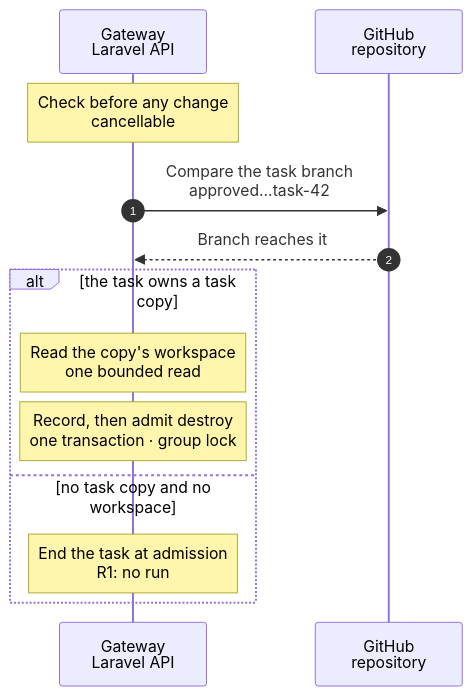
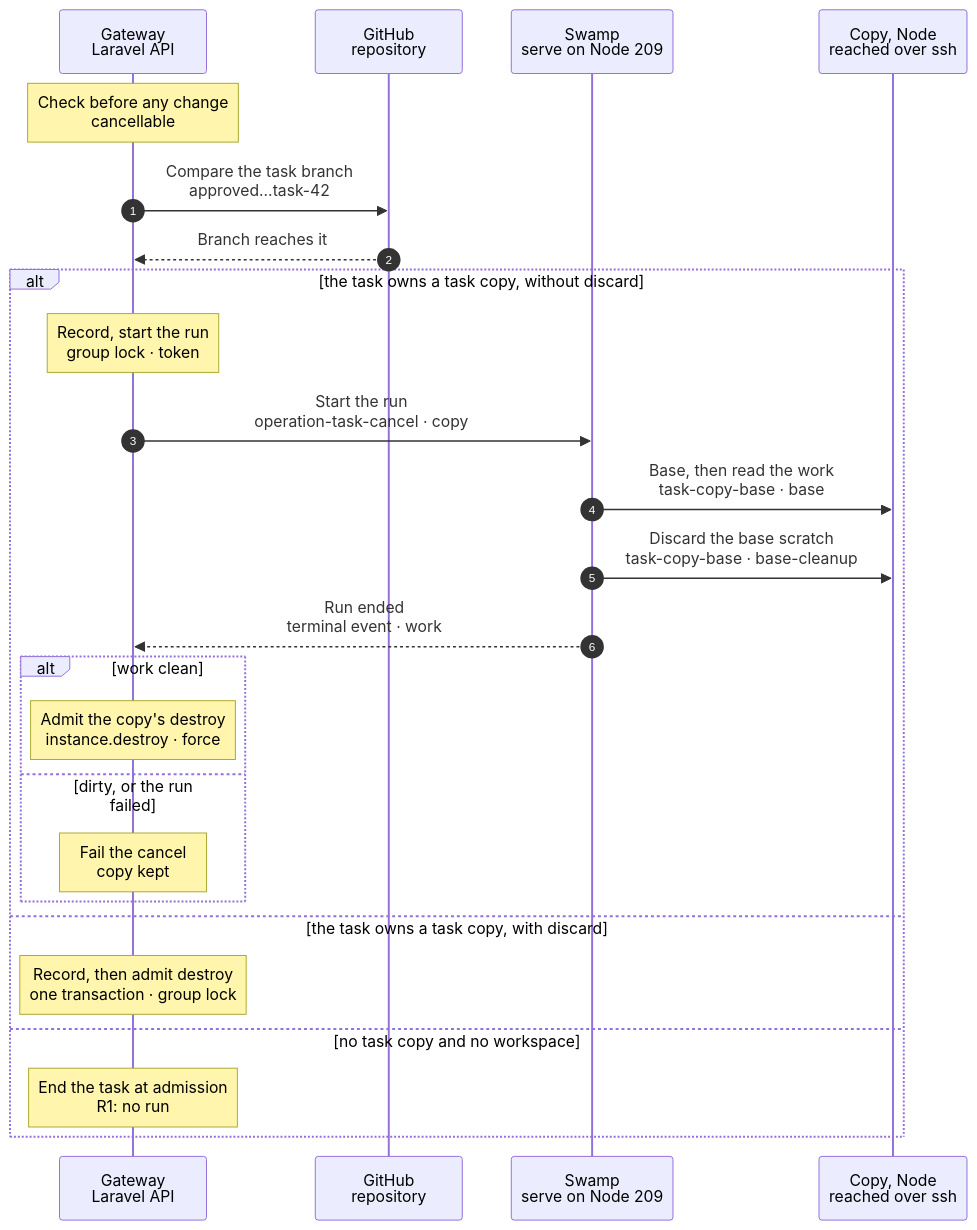
The diagram in docs/cli/task/cancel.mmd (hardimpactdev/orbit), drawn with Mermaid before and after one commit. The commit also changed 5 other files, not shown here.

First line of the commit message:
docs(tasks): published means content on the default branch for cancel and complete

```diff
--- a/docs/cli/task/cancel.mmd
+++ b/docs/cli/task/cancel.mmd
@@ -1,56 +1,87 @@
 sequenceDiagram
   %% Target design: orchestrator 2026-11-08: keeping approved work is a precondition of the cancel, not a step of it. 2026-11-15: the task VMs and their release are removed (docs/reference/old-paths.md); a cancel starts no run. 2026-11-16: the place release workflows are deleted; `operation-task-cancel` keeps its inputs and its end check, and calls no release.
-  %% Orchestrator 2026-11-13: a task copy ends through its Instance destroy. Orchestrator 2026-11-14: work that only the copy holds, or a copy that cannot be read, refuses the cancel unless the caller discards it; the cancel is recorded under the group lock, in one transaction with the destroy's admission, after the destroy's reads. A commit a publish pushed counts as on origin.
+  %% Orchestrator 2026-11-13: a task copy ends through its Instance destroy. Orchestrator 2026-11-14: work that only the copy holds, or a copy that cannot be read, refuses the cancel unless the caller discards it; the cancel is recorded under the group lock, in one transaction with the destroy's admission, after the destroy's reads. A commit a publish pushed counts as on origin. 2026-11-16 (group 5615): published means content on the default branch, not commit SHAs: without discard the cancel of a copy runs the copy's `base` phase, the one task:sync runs, and its content read decides; a squash-merged or hand-carried copy cancels without discard.
   %% status: draft
   %% command: task:cancel
   %% kind: tasks.cancel
   autonumber
   %% lane GW icon=gateway pill=intent tone=blue
   %% lane GH icon=server pill=target tone=purple
+  %% lane SW icon=workflow pill=executes tone=green
+  %% lane N icon=server pill=target tone=amber
   participant GW as Gateway<br/>Laravel API
   participant GH as GitHub<br/>repository
+  participant SW as Swamp<br/>serve on Node 209
+  participant N as Copy, Node<br/>reached over ssh
   Note over GW: Check before any change<br/>cancellable
   %%> Requirements:
   %%> - the group is cancellable; otherwise `tasks.not_cancellable`
   %%> - every refusal here and in the next step comes before the cancel stops running work, so a refused cancel changes nothing
   GW->>GH: Compare the task branch<br/>approved...task-42
   %%> What it does:
   %%> - resolves the group's latest approved commit: the latest commit Orbit reviewed (ADR 0203), or else the commit of the latest approval
   %%> - reads origin's task branch head and compares it with that commit, with a `contents: read` token
   %%> - only when GitHub answers that the branch does not exist (404) and the group's pull request merged does that pull request's head stand in; the pull request is read with a `pull_requests: read` token
   %%> - skipped when the group has no approval, or holds no workspace
+  %%> - for a task copy, content on the default branch counts too: the copy's latest content read (`work`, of a `task:sync` or a cancel run) is of the copy's current head, holds the approved commit in its history and found every committed path on the default branch
   GH-->>GW: Branch reaches it
   %%> Result:
   %%> - otherwise the cancel refuses with HTTP 409 `tasks.approved_work_unpublished`, names the commit and the branch, and admits nothing: run `task:publish` first
   %%> - every other outcome refuses the same way: a GitHub read that fails, a branch that is gone without a merged pull request
-  alt the task owns a task copy
-    Note over GW: Read the copy's workspace<br/>one bounded read
+  alt the task owns a task copy, without discard
+    Note over GW: Record, start the run<br/>group lock · token
+    %%> Requirements:
+    %%> - no Operation holds the copy, such as its create or an earlier destroy; otherwise HTTP 409 `operation.target_busy`, naming it
+    %%> - after the group's running work was asked to stop, no Operation still holds the group; otherwise HTTP 409 `operation.target_busy`, naming it
+    %%> - the copy's container runs; a stopped or asleep copy cannot be read, so it refuses with HTTP 409 `tasks.copy_workspace_unknown` and its `reason`
     %%> What it does:
-    %%> - one SSH call to the copy's Node, bounded at 4 s, reads what the copy holds beyond its seed: commits that origin lacks, uncommitted, untracked and stashed files
-    %%> - a copy never fetches, so the commits that the group's publishes pushed are named to the read as on origin, with their history
-    %%> - a stopped or unreachable copy reads `unknown` with its reason
+    %%> - records the `tasks.cancel` Operation under the group's lock key and starts `operation-task-cancel` with the copy's intent, as `task:sync` captures it
+    %%> - mints the read token as `task:sync` does (`contents: read`, valid one hour) into a vault key of the run; the run gets only the key name
     %%> Result:
-    %%> - unless the caller discards the work, a copy that holds work (`dirty`: unpushed commits, uncommitted or untracked files, stashes) refuses the cancel with HTTP 409 `tasks.copy_unpublished_work`; its details carry the counts and the head
-    %%> - unless the caller discards it, a copy that cannot be read (`unknown`) refuses with HTTP 409 `tasks.copy_workspace_unknown`, naming the reason
-    %%> - a `clean` copy goes on; both refusals come before the cancel stops running work, so they change nothing
+    %%> - HTTP 202 with the running Operation; the group runs on, and its lock keeps every turn, check and publish out until the run ends
+    GW->>SW: Start the run<br/>operation-task-cancel · copy
+    SW->>N: Base, then read the work<br/>task-copy-base · base
+    %%> What it does:
+    %%> - the `base` phase of `task:sync`: brings the current default head into `refs/remotes/origin/<default>` of the copy through its Node mirror and one bundle; no credential enters the copy
+    %%> - then, as `agent`, one content read: every path that HEAD changed since its merge base with the default head (adds, edits, deletes, modes; a rename is a delete and an add) must hold the same content on the default head, or in a commit that a `task:publish` of the group pushed
+    %%> - empty commits and commits that only repeat published content add nothing, so a squash-merged or hand-carried branch reads `published`
+    %%> - also counts uncommitted and untracked files and stashes: those are never published
+    %%> Result:
+    %%> - `work`: `state` `clean` or `dirty`, `head`, the `paths` count and up to five names that differ, `uncommitted`, `untracked`, `stashes`, and `empty` when HEAD changed nothing
+    SW->>N: Discard the base scratch<br/>task-copy-base · base-cleanup
+    SW-->>GW: Run ended<br/>terminal event · work
+    alt work clean
+      Note over GW: Admit the copy's destroy<br/>instance.destroy · force
+      %%> What it does:
+      %%> - the destroy's checks and the Schedule stop come first: its replication slot check over SSH, then the stop of the copy's Schedules
+      %%> - admits the normal `instance.destroy` of the copy with force
+      %%> Result:
+      %%> - the cancel succeeds; its result names the destroy Operation and holds the read as `workspace`
+      %%> - when the destroy succeeds, a task that still runs and its open subtasks are `cancelled`, and the task lets go of the copy; a `failed` task stays `failed`
+      %%> - when it fails, the task runs on and keeps the copy; the next cancel reads and admits the destroy again
+    else dirty, or the run failed
+      Note over GW: Fail the cancel<br/>copy kept
+      %%> Result:
+      %%> - `dirty`: the cancel fails with `tasks.copy_unpublished_work`; its details carry the head, the differing paths and the counts
+      %%> - a failed run: `tasks.copy_workspace_unknown`, naming the failed step; the copy stays as it was, apart from its `origin/<default>` ref
+      %%> - the group runs on with its copy; publish the work, or cancel again with discard
+    end
+  else the task owns a task copy, with discard
     Note over GW: Record, then admit destroy<br/>one transaction · group lock
     %%> Requirements:
-    %%> - no Operation holds the copy, such as its create or an earlier destroy; otherwise HTTP 409 `operation.target_busy`, naming it
-    %%> - after the group's running work was asked to stop, no Operation still holds the group, such as a timed-out one whose run nothing has proven ended; otherwise HTTP 409 `operation.target_busy`, naming it, and no destroy is admitted
+    %%> - no Operation holds the copy or, after the group's running work was asked to stop, the group; otherwise HTTP 409 `operation.target_busy`, naming it
     %%> What it does:
-    %%> - the destroy's checks and the Schedule stop come first, outside any transaction: its replication slot check over SSH, then the stop of the copy's Schedules (`schedule.destroy` Operations and their removal in Swamp)
+    %%> - reads nothing and starts no run: the destroy's checks and the Schedule stop come first, outside any transaction
     %%> - then, in the destroy's one transaction, records the cancel under the group's lock key first and admits the normal `instance.destroy` of the copy with force
     %%> - an Operation that takes the group lock first makes the record refuse with HTTP 409 `operation.target_busy`; the transaction rolls back, so a refused cancel never admits the destroy; the copy's Schedules stay stopped
     %%> Result:
-    %%> - the cancel is recorded as succeeded at once (R1); its result names the destroy Operation and holds the workspace read
-    %%> - the destroy runs as every Instance destroy does; when it succeeds, a task that still runs and its open subtasks are `cancelled`, and the task lets go of the copy; a `failed` task stays `failed`
-    %%> - when it fails, the task runs on and keeps the copy; the next cancel admits the destroy again; a stopped or half-removed copy may read `unknown`, so that cancel may need the discard
+    %%> - the cancel is recorded as succeeded at once (R1); its result names the destroy Operation; the destroy ends the task as above
   else no task copy and no workspace
     Note over GW: End the task at admission<br/>R1: no run
     %%> When:
     %%> - the task holds no workspace, such as a `todo` task or one whose task VM was removed; its open Operations are cancelled first
     %%> - a task that still holds a workspace that is no task copy (a task VM workspace) refuses with HTTP 409 `tasks.workspace_ownership_refused`: nothing can release it any more
     %%> Result:
     %%> - in the admission transaction, the task and its open subtasks are `cancelled` and the Operation is recorded as succeeded; no Swamp run starts (R1)
     %%> - the HTTP 202 already carries the succeeded Operation, so `task:show` reads `cancelled` from then on
   end
```
